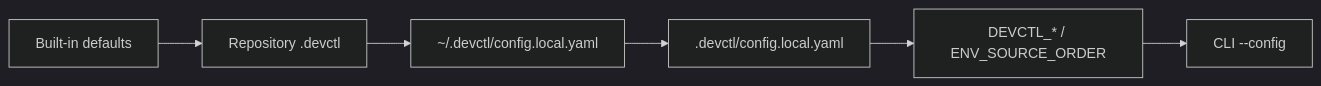
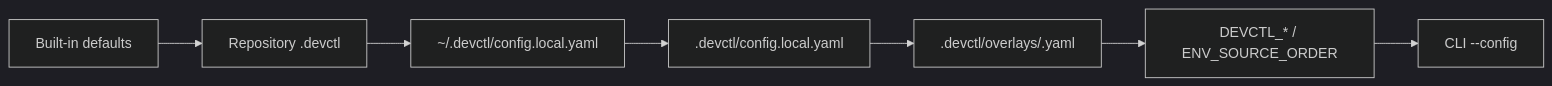
The third of 3 diagrams in docs/configuration.md (amr-m-abdelgawad/devctl), drawn with Mermaid (dark theme) before and after one commit. The commit also changed other lines of this file and 28 other files, not shown here.

First line of the commit message:
feat: session overlay and ephemeral start --env

````diff
--- a/docs/configuration.md
+++ b/docs/configuration.md
@@ -52,8 +52,9 @@
 ```mermaid
 flowchart LR
   defaults["Built-in defaults"] --> repo["Repository .devctl"]
   repo --> homeLocal["~/.devctl/config.local.yaml"]
   homeLocal --> repoLocal[".devctl/config.local.yaml"]
-  repoLocal --> env["DEVCTL_* / ENV_SOURCE_ORDER"]
+  repoLocal --> session[".devctl/overlays/<name>.yaml"]
+  session --> env["DEVCTL_* / ENV_SOURCE_ORDER"]
   env --> flags["CLI --config"]
 ```
````
